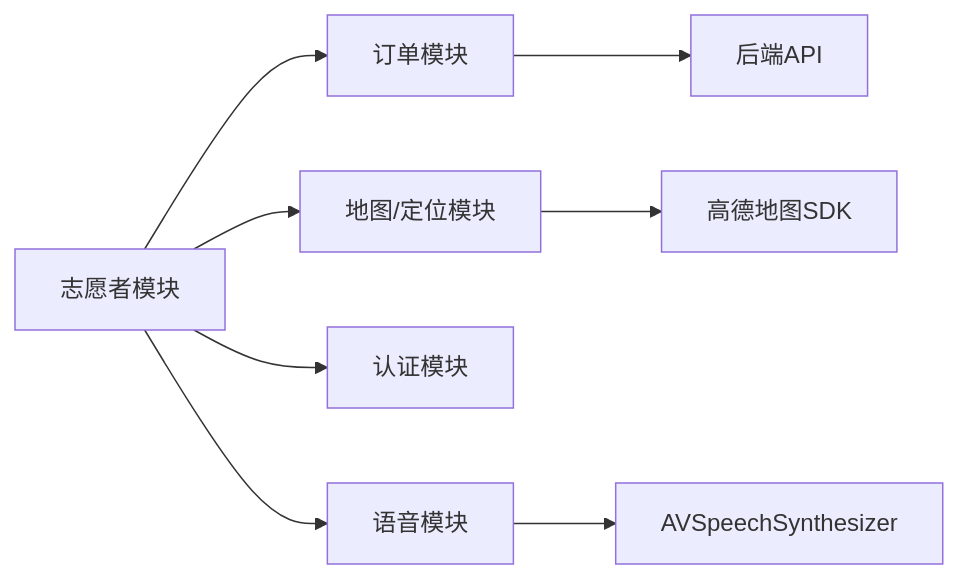
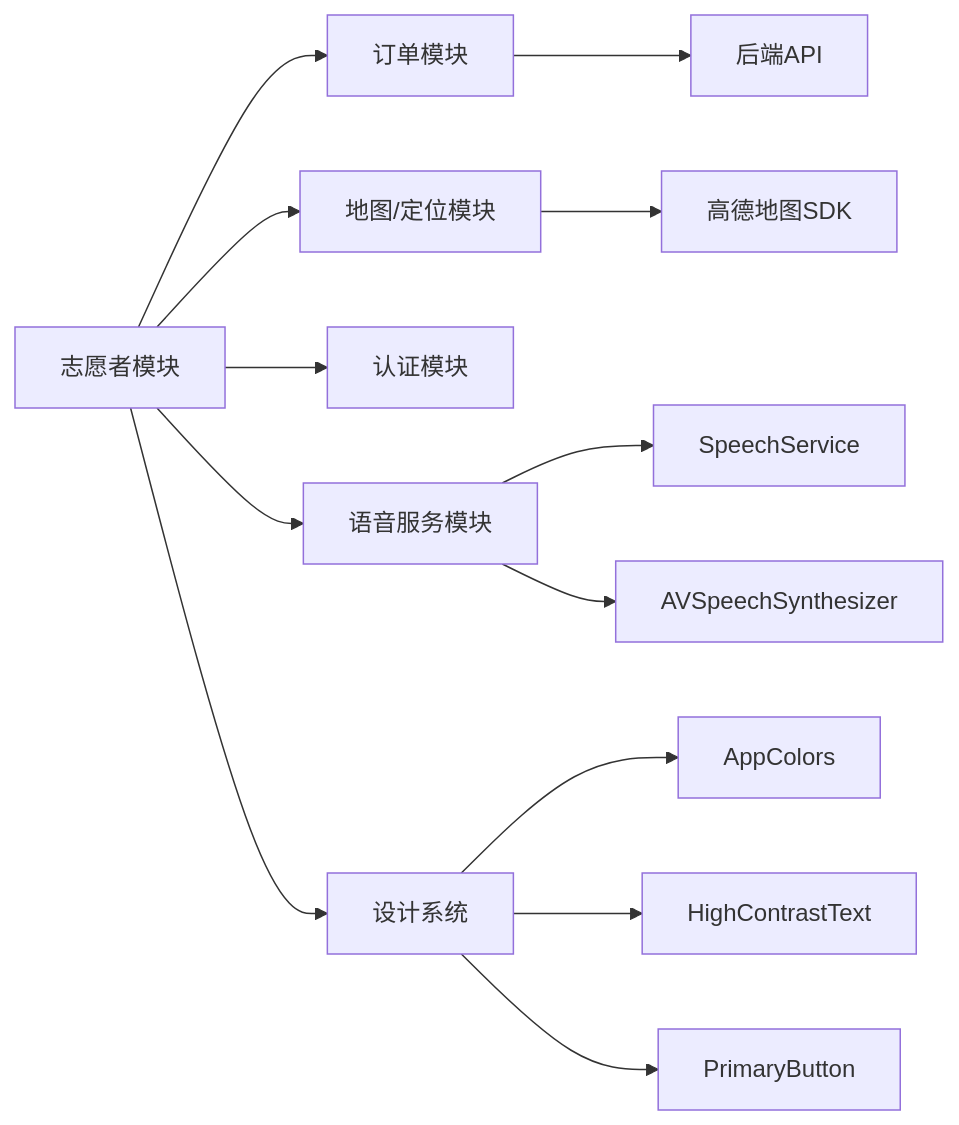
Diagram 12 of 12 in .qoder/repowiki/zh/content/架构设计/模块化架构设计/Volunteer 志愿者模块.md (Jayden23018/blind-run-ios), drawn with Mermaid before and after one commit. The commit also changed other lines of this file and 21 other files, not shown here.

````diff
--- a/.qoder/repowiki/zh/content/架构设计/模块化架构设计/Volunteer 志愿者模块.md
+++ b/.qoder/repowiki/zh/content/架构设计/模块化架构设计/Volunteer 志愿者模块.md
@@ -294,10 +422,15 @@
 ```mermaid
 graph LR
 VOL["志愿者模块"] --> ORD["订单模块"]
 VOL --> MAP["地图/定位模块"]
 VOL --> AUTH["认证模块"]
-VOL --> VOICE["语音模块"]
+VOL --> VOICE["语音服务模块"]
+VOL --> DESIGN["设计系统"]
+DESIGN --> COLORS["AppColors"]
+DESIGN --> TEXT["HighContrastText"]
+DESIGN --> BUTTON["PrimaryButton"]
+VOICE --> SPEECH["SpeechService"]
 ORD --> API["后端API"]
 MAP --> AMap["高德地图SDK"]
 VOICE --> TTS["AVSpeechSynthesizer"]
 ```
````
